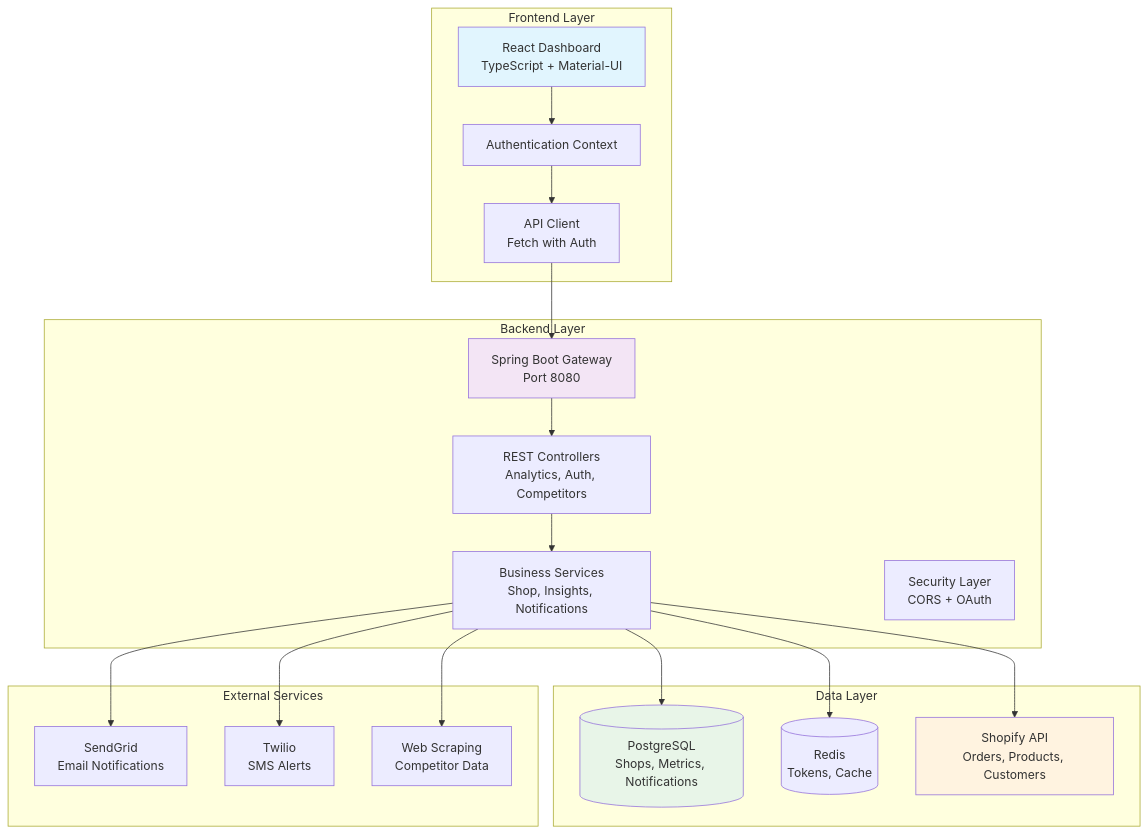
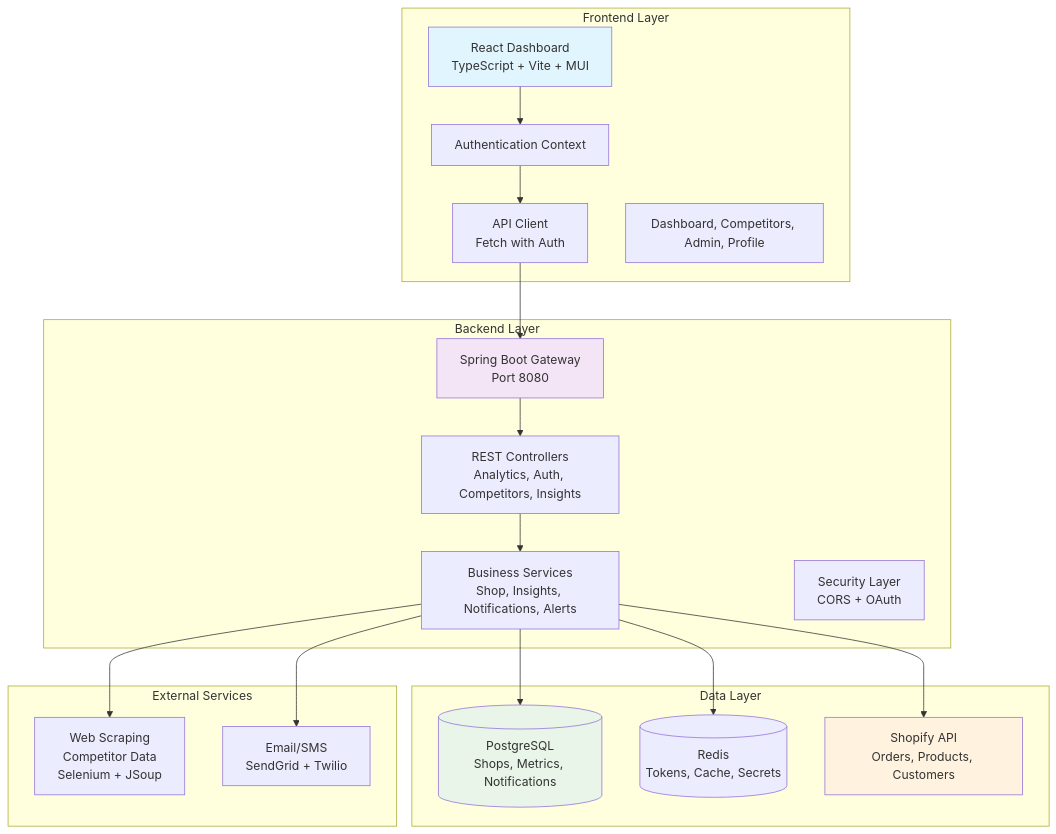
One commit to teja230/storesight changed the first of 4 diagrams in README.md. Above: the diagram before and after it, drawn with Mermaid. The commit also changed other lines of this file, not shown here.

Commit message:
Update README.md; enhance project description, architecture details, and deployment instructions

````diff
--- a/README.md
+++ b/README.md
@@ -10,44 +11,43 @@
 ```mermaid
 graph TB
     subgraph "Frontend Layer"
-        UI[React Dashboard<br/>TypeScript + Material-UI]
+        UI[React Dashboard<br/>TypeScript + Vite + MUI]
         Auth[Authentication Context]
         API[API Client<br/>Fetch with Auth]
+        Pages[Dashboard, Competitors, Admin, Profile]
     end
     
     subgraph "Backend Layer"
         Gateway[Spring Boot Gateway<br/>Port 8080]
-        Controllers[REST Controllers<br/>Analytics, Auth, Competitors]
-        Services[Business Services<br/>Shop, Insights, Notifications]
+        Controllers[REST Controllers<br/>Analytics, Auth, Competitors, Insights]
+        Services[Business Services<br/>Shop, Insights, Notifications, Alerts]
         Security[Security Layer<br/>CORS + OAuth]
     end
     
     subgraph "Data Layer"
         PostgreSQL[(PostgreSQL<br/>Shops, Metrics, Notifications)]
-        Redis[(Redis<br/>Tokens, Cache)]
+        Redis[(Redis<br/>Tokens, Cache, Secrets)]
         Shopify[Shopify API<br/>Orders, Products, Customers]
     end
     
     subgraph "External Services"
-        Email[SendGrid<br/>Email Notifications]
-        SMS[Twilio<br/>SMS Alerts]
-        Competitors[Web Scraping<br/>Competitor Data]
+        Competitors[Web Scraping<br/>Competitor Data<br/>Selenium + JSoup]
+        Notifications[Email/SMS<br/>SendGrid + Twilio]
     end
     
     UI --> Auth
     Auth --> API
     API --> Gateway
     Gateway --> Controllers
     Controllers --> Services
     Services --> PostgreSQL
     Services --> Redis
     Services --> Shopify
-    Services --> Email
-    Services --> SMS
     Services --> Competitors
+    Services --> Notifications
     
     style UI fill:#e1f5fe
     style Gateway fill:#f3e5f5
     style PostgreSQL fill:#e8f5e8
     style Shopify fill:#fff3e0
 ``` 
````
